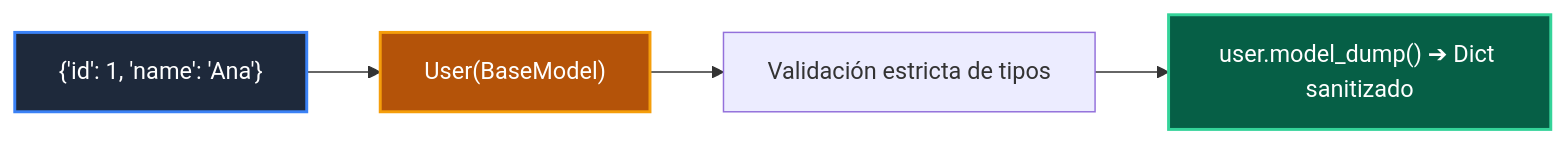
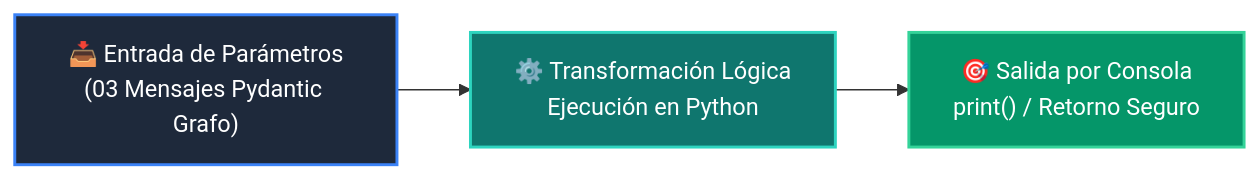
One commit to wisrovi/wisrovi-python changed the diagram in 03-agentes-ia/clase-08-sistemas-multi-agente/ejemplos/ejemplo_03_mensajes_pydantic_grafo/README.md. Above: the diagram before and after it, drawn with Mermaid. The commit also changed other lines of this file and 226 other files, not shown here.

Commit message:
docs: elevate all repository READMEs to world-class mastery standard with rich pedagogical architecture, custom Mermaids, and professional styling

````diff
--- a/03-agentes-ia/clase-08-sistemas-multi-agente/ejemplos/ejemplo_03_mensajes_pydantic_grafo/README.md
+++ b/03-agentes-ia/clase-08-sistemas-multi-agente/ejemplos/ejemplo_03_mensajes_pydantic_grafo/README.md
@@ -12,10 +19,9 @@
 ```mermaid
 flowchart LR
-    DICT["{'id': 1, 'name': 'Ana'}"] --> MODEL["User(BaseModel)"]
-    MODEL --> VAL["Validación estricta de tipos"]
-    VAL --> DUMP["user.model_dump() ➔ Dict sanitizado"]
+    A["📥 Entrada de Parámetros<br/>(03 Mensajes Pydantic Grafo)"] --> B["⚙️ Transformación Lógica<br/>Ejecución en Python"]
+    B --> C["🎯 Salida por Consola<br/>print() / Retorno Seguro"]
 
-    style DICT fill:#1e293b,color:#fff,stroke:#3b82f6,stroke-width:2px
-    style MODEL fill:#b45309,color:#fff,stroke:#f59e0b,stroke-width:2px
-    style DUMP fill:#065f46,color:#fff,stroke:#34d399,stroke-width:2px
+    style A fill:#1e293b,color:#ffffff,stroke:#3b82f6,stroke-width:2px
+    style B fill:#0f766e,color:#ffffff,stroke:#2dd4bf,stroke-width:2px
+    style C fill:#059669,color:#ffffff,stroke:#34d399,stroke-width:2px
 ```
````
